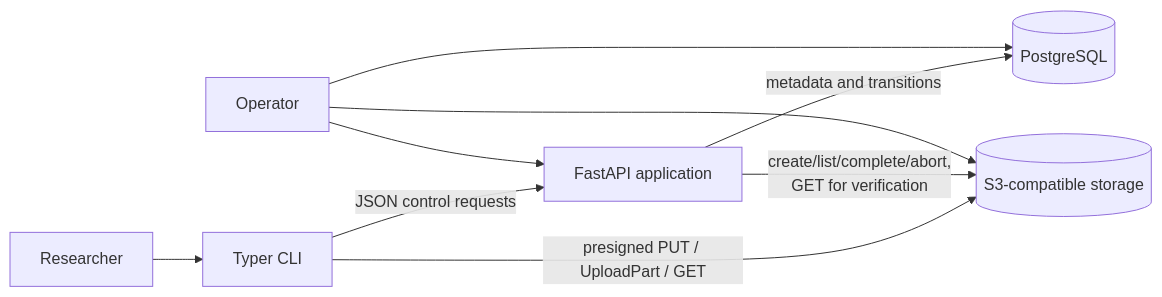
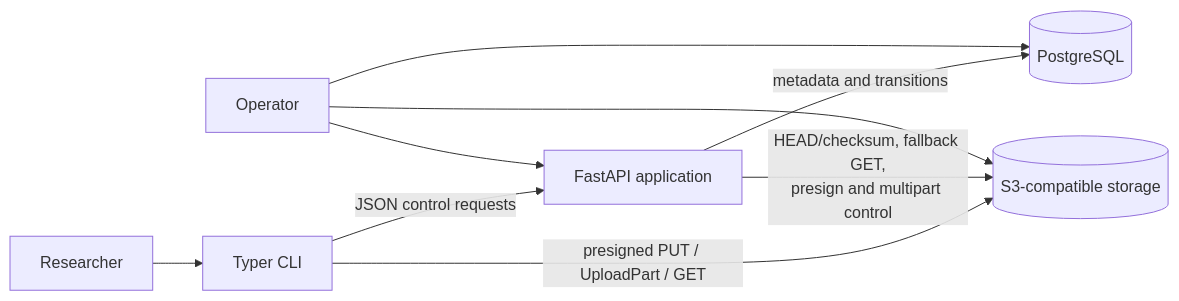
One commit to zbnerd/RoboLake changed the first of 4 diagrams in docs/ARCHITECTURE_V0_1.md. Above: the diagram before and after it, drawn with Mermaid. The commit also changed other lines of this file and 91 other files, not shown here.

````diff
--- a/docs/ARCHITECTURE_V0_1.md
+++ b/docs/ARCHITECTURE_V0_1.md
@@ -37,11 +37,11 @@
 ```mermaid
 flowchart LR
     User[Researcher] --> CLI[Typer CLI]
     CLI -->|JSON control requests| API[FastAPI application]
     CLI -->|presigned PUT / UploadPart / GET| S3[(S3-compatible storage)]
     API -->|metadata and transitions| PG[(PostgreSQL)]
-    API -->|create/list/complete/abort,\nGET for verification| S3
+    API -->|HEAD/checksum, fallback GET,\npresign and multipart control| S3
     Operator[Operator] --> API
     Operator --> PG
     Operator --> S3
 ```
````
